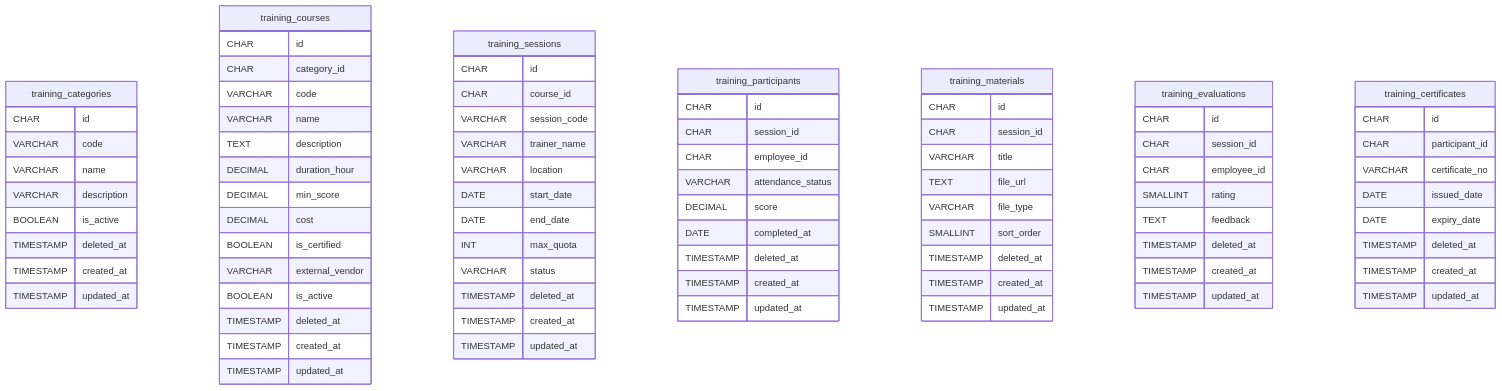
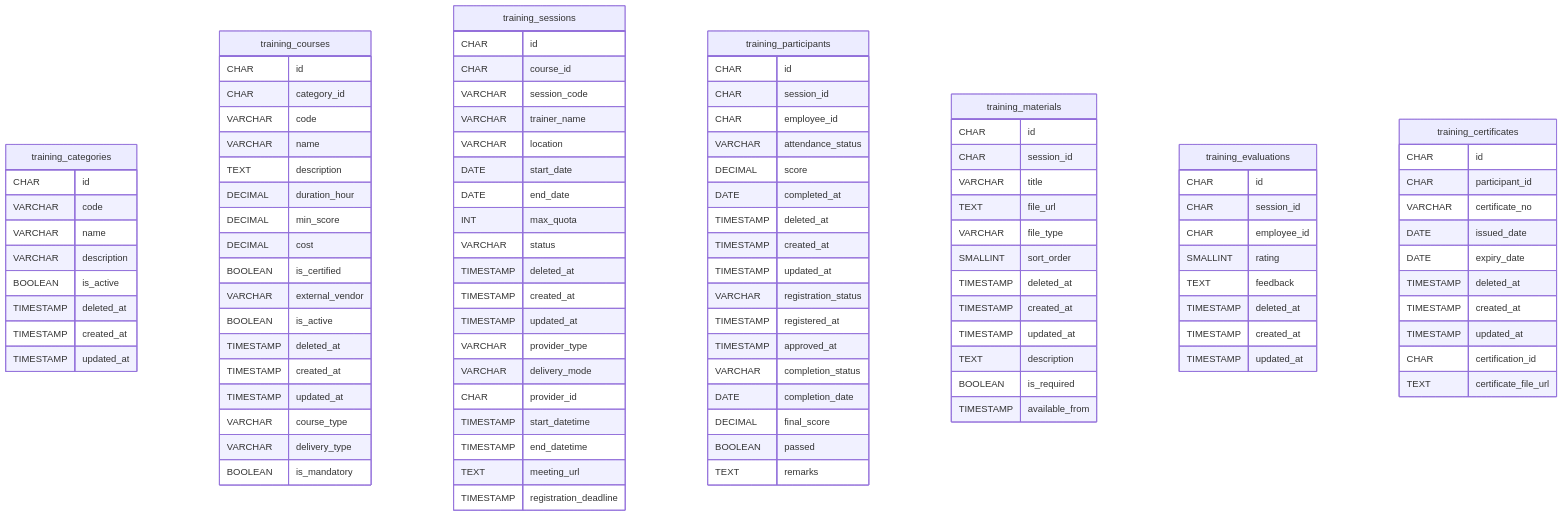
One commit to Inthros-Jagotama/inthros-hris-platform changed diagram 18 of 20 in docs/database-schema.md. Above: the diagram before and after it, drawn with Mermaid. The commit also changed other lines of this file and 10 other files, not shown here.

````diff
--- a/docs/database-schema.md
+++ b/docs/database-schema.md
@@ -2832,6 +2856,9 @@
         TIMESTAMP deleted_at
         TIMESTAMP created_at
         TIMESTAMP updated_at
+        VARCHAR course_type
+        VARCHAR delivery_type
+        BOOLEAN is_mandatory
     }
     training_sessions {
         CHAR id
@@ -2846,6 +2873,13 @@
         TIMESTAMP deleted_at
         TIMESTAMP created_at
         TIMESTAMP updated_at
+        VARCHAR provider_type
+        VARCHAR delivery_mode
+        CHAR provider_id
+        TIMESTAMP start_datetime
+        TIMESTAMP end_datetime
+        TEXT meeting_url
+        TIMESTAMP registration_deadline
     }
     training_participants {
         CHAR id
@@ -2857,6 +2891,14 @@
         TIMESTAMP deleted_at
         TIMESTAMP created_at
         TIMESTAMP updated_at
+        VARCHAR registration_status
+        TIMESTAMP registered_at
+        TIMESTAMP approved_at
+        VARCHAR completion_status
+        DATE completion_date
+        DECIMAL final_score
+        BOOLEAN passed
+        TEXT remarks
     }
     training_materials {
         CHAR id
@@ -2868,6 +2910,9 @@
         TIMESTAMP deleted_at
         TIMESTAMP created_at
         TIMESTAMP updated_at
+        TEXT description
+        BOOLEAN is_required
+        TIMESTAMP available_from
     }
     training_evaluations {
         CHAR id
@@ -2888,5 +2933,7 @@
         TIMESTAMP deleted_at
         TIMESTAMP created_at
         TIMESTAMP updated_at
+        CHAR certification_id
+        TEXT certificate_file_url
     }
 ```
````
